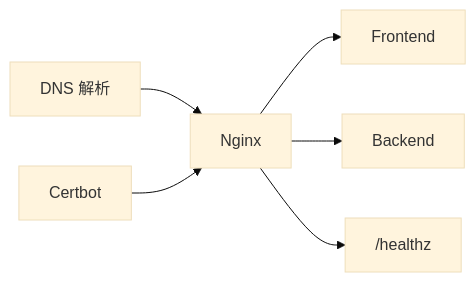
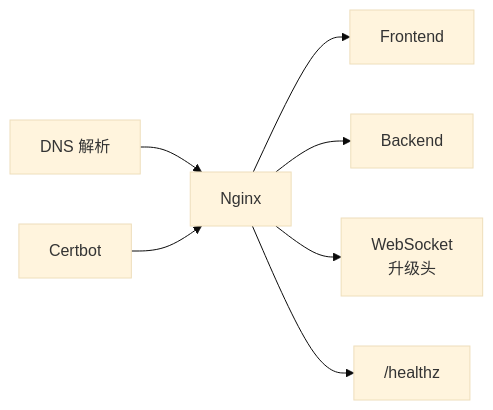
The fourth of 4 diagrams in .qoder/repowiki/zh/content/部署和运维/部署配置/Nginx和SSL配置.md (Will0253/zczk), drawn with Mermaid (base theme) before and after one commit. The commit also changed other lines of this file and 13 other files, not shown here.

````diff
--- a/.qoder/repowiki/zh/content/部署和运维/部署配置/Nginx和SSL配置.md
+++ b/.qoder/repowiki/zh/content/部署和运维/部署配置/Nginx和SSL配置.md
@@ -169,8 +203,9 @@
 ```mermaid
 graph LR
 DNS["DNS 解析"] --> Nginx["Nginx"]
 Nginx --> FE["Frontend"]
 Nginx --> BE["Backend"]
+Nginx --> WS["WebSocket<br/>升级头"]
 Cert["Certbot"] --> Nginx
 Nginx --> Health["/healthz"]
 ```
````
